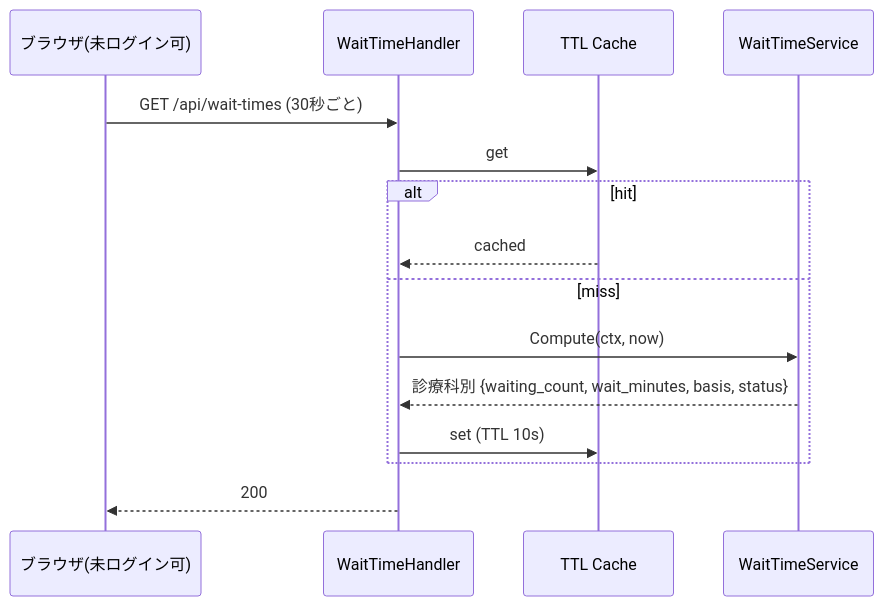
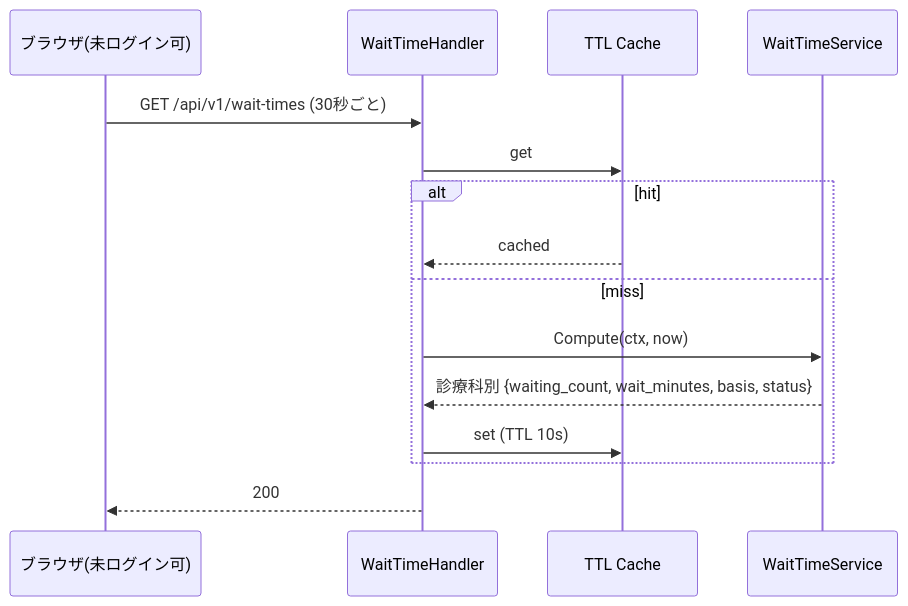
Before and after one commit to kava2108/booking: the third of 4 diagrams in .kiro/specs/clinic-reservation/design.md, drawn with Mermaid. The commit also changed other lines of this file and 88 other files, not shown here.

````diff
--- a/.kiro/specs/clinic-reservation/design.md
+++ b/.kiro/specs/clinic-reservation/design.md
@@ -127,17 +127,17 @@
 ```mermaid
 sequenceDiagram
   participant B as ブラウザ(未ログイン可)
   participant H as WaitTimeHandler
   participant C as TTL Cache
   participant S as WaitTimeService
-  B->>H: GET /api/wait-times (30秒ごと)
+  B->>H: GET /api/v1/wait-times (30秒ごと)
   H->>C: get
   alt hit
     C-->>H: cached
   else miss
     H->>S: Compute(ctx, now)
     S-->>H: 診療科別 {waiting_count, wait_minutes, basis, status}
     H->>C: set (TTL 10s)
   end
   H-->>B: 200
 ```
````
